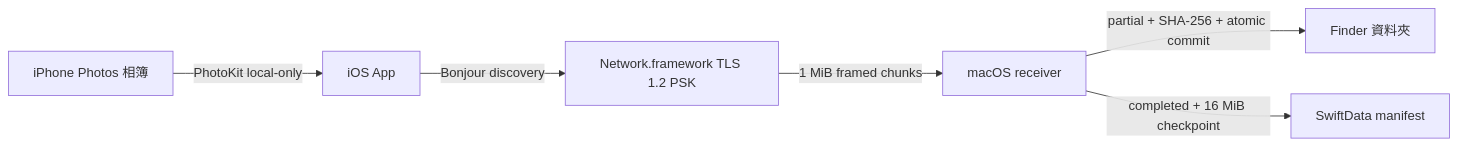
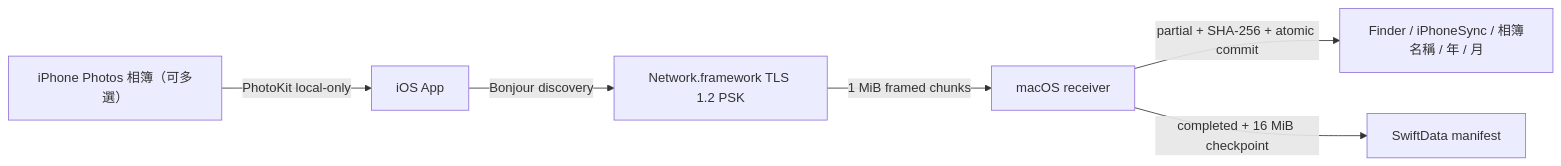
The diagram in README.md (BizShuk/iphone_sync), drawn with Mermaid before and after one commit. The commit also changed other lines of this file and 48 other files, not shown here.

Commit message:
feat: implement multi-album selection, persistent destination folder management, and local error logging for sync sessions.

````diff
--- a/README.md
+++ b/README.md
@@ -16,8 +17,8 @@
 ```mermaid
 flowchart LR
-    A["iPhone Photos 相簿"] -->|"PhotoKit local-only"| B["iOS App"]
+    A["iPhone Photos 相簿（可多選）"] -->|"PhotoKit local-only"| B["iOS App"]
     B -->|"Bonjour discovery"| C["Network.framework TLS 1.2 PSK"]
     C -->|"1 MiB framed chunks"| D["macOS receiver"]
-    D -->|"partial + SHA-256 + atomic commit"| E["Finder 資料夾"]
+    D -->|"partial + SHA-256 + atomic commit"| E["Finder / iPhoneSync / 相簿名稱 / 年 / 月"]
     D -->|"completed + 16 MiB checkpoint"| F["SwiftData manifest"]
 ```
````
